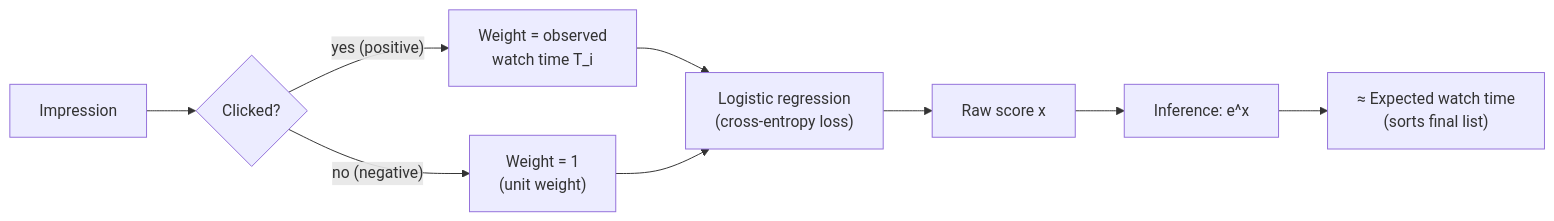
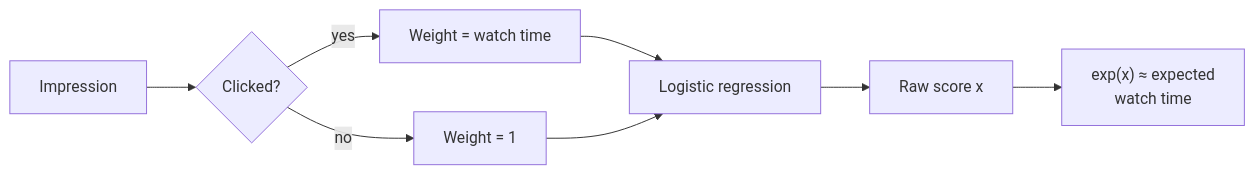
The fourth of 4 diagrams in case-studies/video-recommendation/README.md (romancobblepot/AI-system-design-primer), drawn with Mermaid before and after one commit. The commit also changed other lines of this file and 49 other files, not shown here.

````diff
--- a/case-studies/video-recommendation/README.md
+++ b/case-studies/video-recommendation/README.md
@@ -179,11 +264,10 @@
 ```mermaid
 flowchart LR
-    IMP["Impression"] --> CLICKED{"Clicked?"}
-    CLICKED -->|"yes (positive)"| WT["Weight = observed\nwatch time T_i"]
-    CLICKED -->|"no (negative)"| UW["Weight = 1\n(unit weight)"]
-    WT --> LR["Logistic regression\n(cross-entropy loss)"]
+    IMP["Impression"] --> CL{"Clicked?"}
+    CL -->|"yes"| WT["Weight = watch time"]
+    CL -->|"no"| UW["Weight = 1"]
+    WT --> LR["Logistic regression"]
     UW --> LR
     LR --> X["Raw score x"]
-    X --> EXP["Inference: e^x"]
-    EXP --> EWT["≈ Expected watch time\n(sorts final list)"]
+    X --> EXP["exp(x) ≈ expected\nwatch time"]
 ```
````
